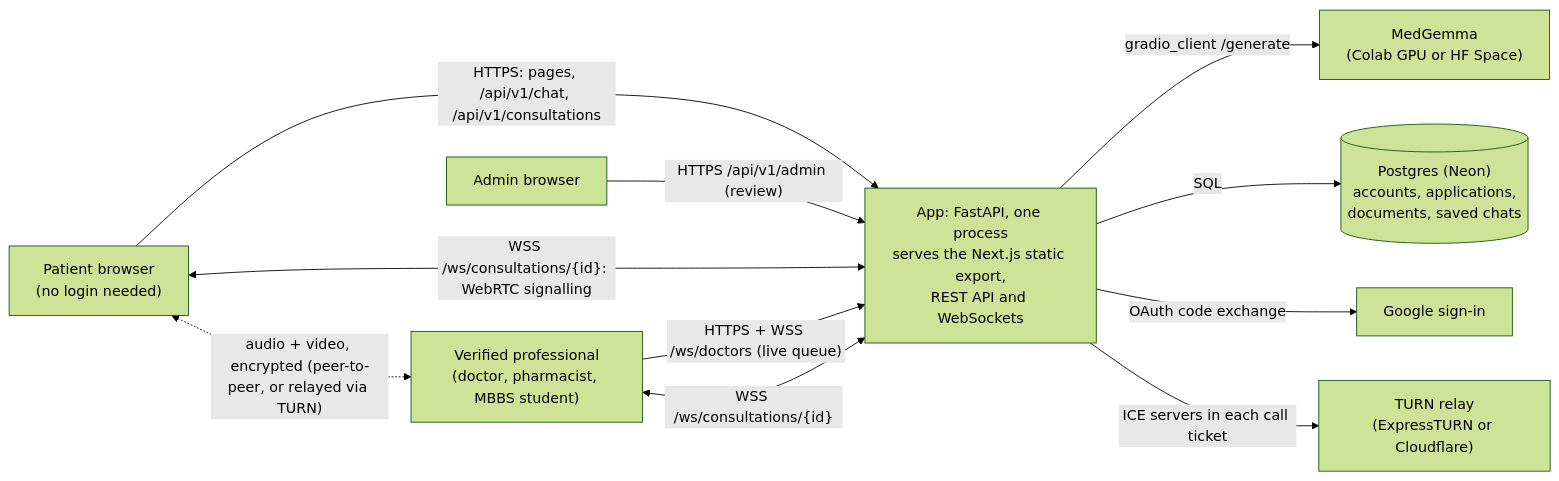
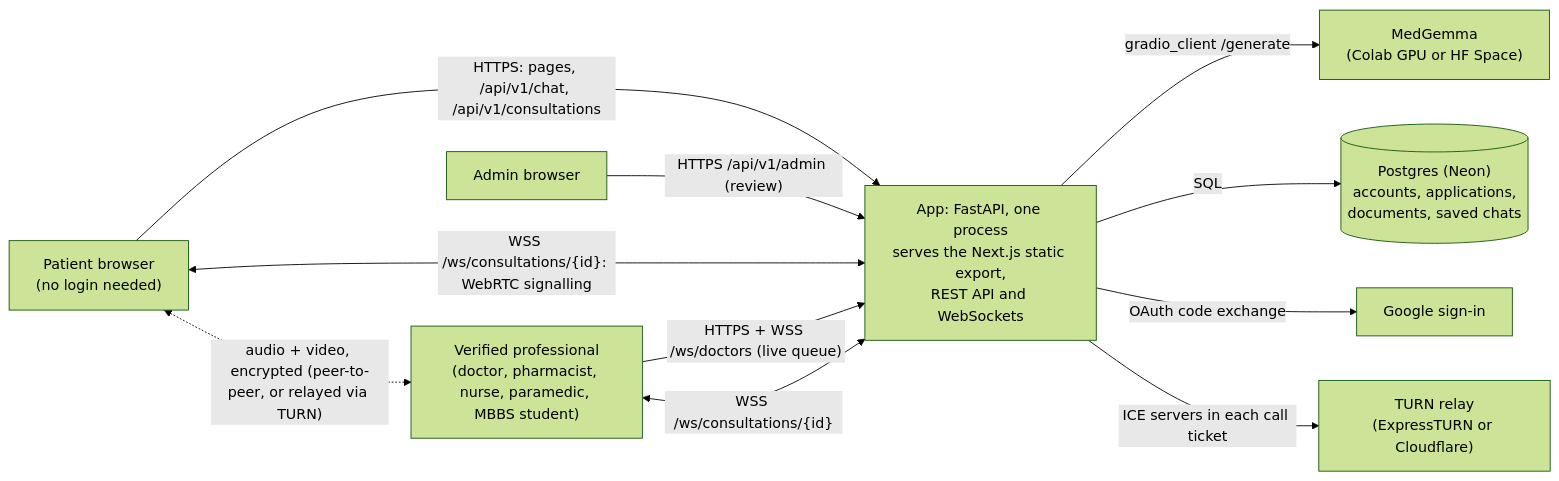
One commit to POOKIEE-DEVS/SwasthyaSetu changed the diagram in docs/architecture.md. Above: the diagram before and after it, drawn with Mermaid (forest theme). The commit also changed other lines of this file and 22 other files, not shown here.

````diff
--- a/docs/architecture.md
+++ b/docs/architecture.md
@@ -3,13 +3,13 @@
 ```mermaid
 flowchart LR
     P["Patient browser<br/>(no login needed)"] -- "HTTPS: pages, /api/v1/chat, /api/v1/consultations" --> A
-    D["Verified professional<br/>(doctor, pharmacist, MBBS student)"] -- "HTTPS + WSS /ws/doctors (live queue)" --> A
+    D["Verified professional<br/>(doctor, pharmacist, nurse, paramedic, MBBS student)"] -- "HTTPS + WSS /ws/doctors (live queue)" --> A
     R["Admin browser"] -- "HTTPS /api/v1/admin (review)" --> A
     P <-- "WSS /ws/consultations/{id}: WebRTC signalling" --> A
     D <-- "WSS /ws/consultations/{id}" --> A
     A["App: FastAPI, one process<br/>serves the Next.js static export,<br/>REST API and WebSockets"] -- "gradio_client /generate" --> M["MedGemma<br/>(Colab GPU or HF Space)"]
     A -- "SQL" --> DB[("Postgres (Neon)<br/>accounts, applications,<br/>documents, saved chats")]
     A -- "OAuth code exchange" --> G["Google sign-in"]
     A -- "ICE servers in each call ticket" --> T["TURN relay<br/>(ExpressTURN or Cloudflare)"]
     P <-. "audio + video, encrypted (peer-to-peer, or relayed via TURN)" .-> D
 ```
````
